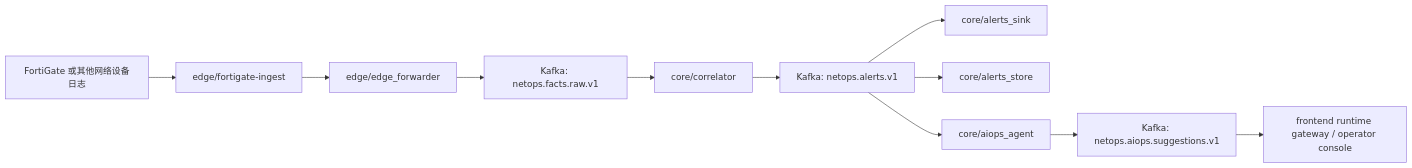
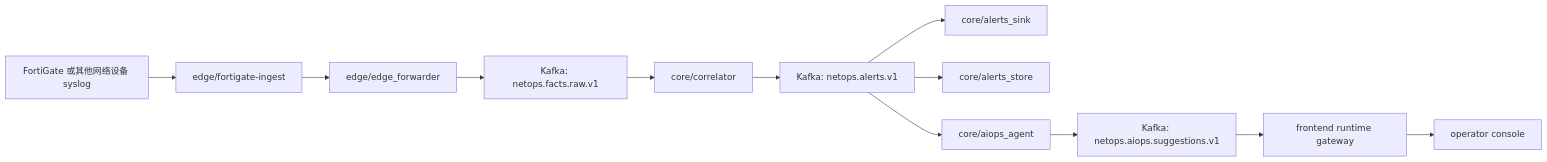
Before and after one commit to Epochex/Netops-Hybird-AIOps-Platform: the first of 2 diagrams in README_CN.md, drawn with Mermaid. The commit also changed other lines of this file and 10 other files, not shown here.

````diff
--- a/README_CN.md
+++ b/README_CN.md
@@ -24,13 +14,14 @@
 ```mermaid
 flowchart LR
-  A[FortiGate 或其他网络设备日志] --> B[edge/fortigate-ingest]
+  A[FortiGate 或其他网络设备 syslog] --> B[edge/fortigate-ingest]
   B --> C[edge/edge_forwarder]
   C --> D[Kafka: netops.facts.raw.v1]
   D --> E[core/correlator]
   E --> F[Kafka: netops.alerts.v1]
   F --> G[core/alerts_sink]
   F --> H[core/alerts_store]
   F --> I[core/aiops_agent]
   I --> J[Kafka: netops.aiops.suggestions.v1]
-  J --> K[frontend runtime gateway / operator console]
+  J --> K[frontend runtime gateway]
+  K --> L[operator console]
 ```
````
